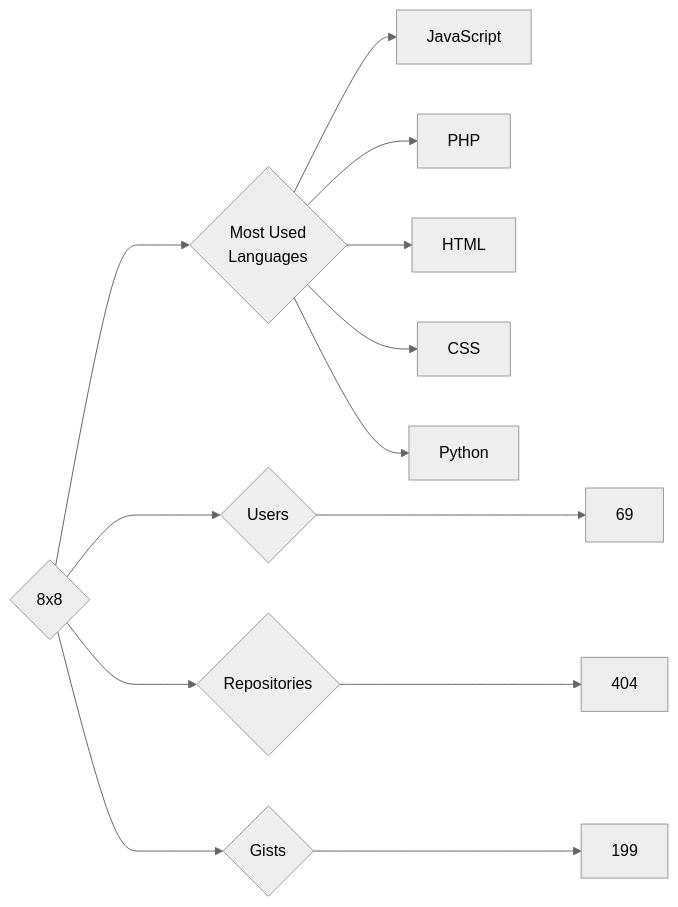
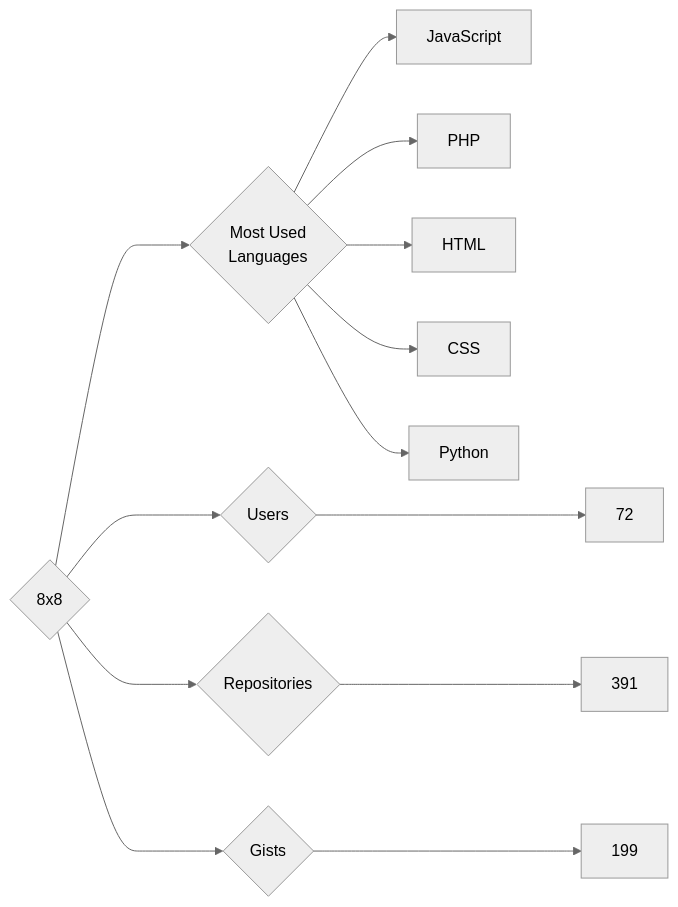
Before and after one commit to trickest/insiders: the diagram in targets/8x8/README.md, drawn with Mermaid (neutral theme). The commit also changed 985 other files, not shown here.

````diff
--- a/targets/8x8/README.md
+++ b/targets/8x8/README.md
@@ -3,13 +3,13 @@
 ```mermaid
 graph LR
 COMPANY_NAME{8x8}
-COMPANY_NAME ---> U{Users} ---> UN[69]
-COMPANY_NAME ---> R{Repositories} ---> RN[404]
+COMPANY_NAME ---> U{Users} ---> UN[72]
+COMPANY_NAME ---> R{Repositories} ---> RN[391]
 COMPANY_NAME ---> G{Gists} ---> GN[199]
 COMPANY_NAME ---> ML{Most Used<br>Languages}
 ML --> JavaScript[JavaScript]
 ML --> PHP[PHP]
 ML --> HTML[HTML]
 ML --> CSS[CSS]
 ML --> Python[Python]
 ```
````
